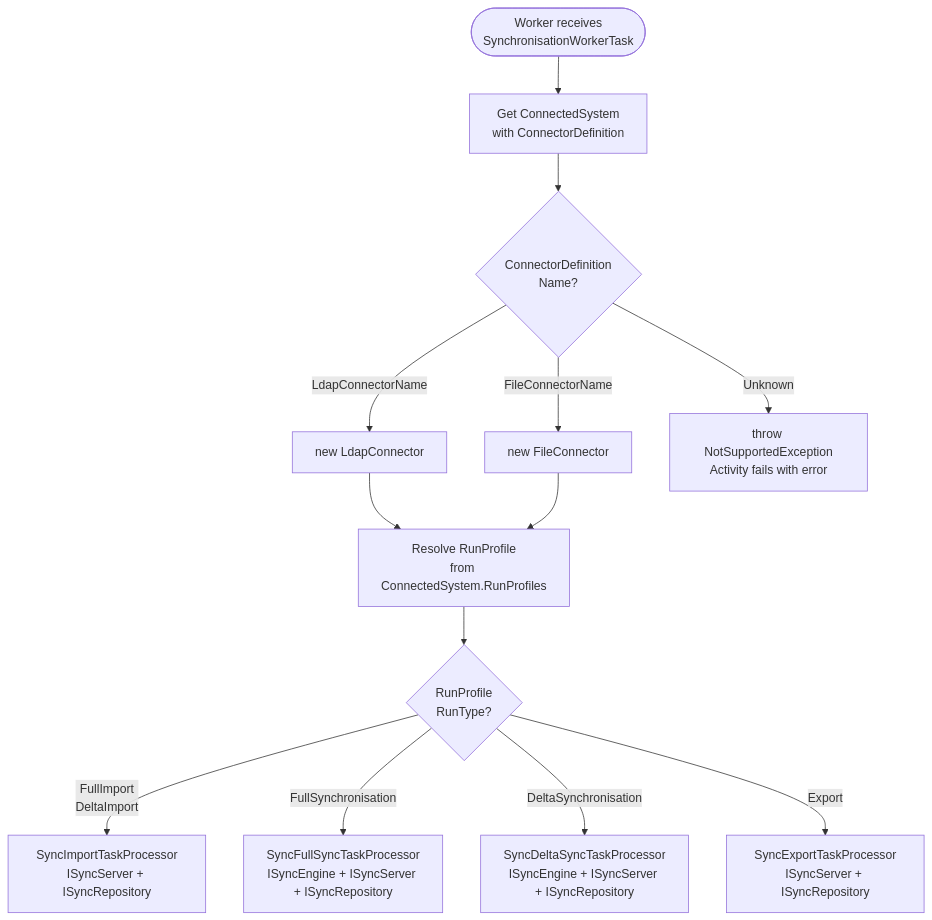
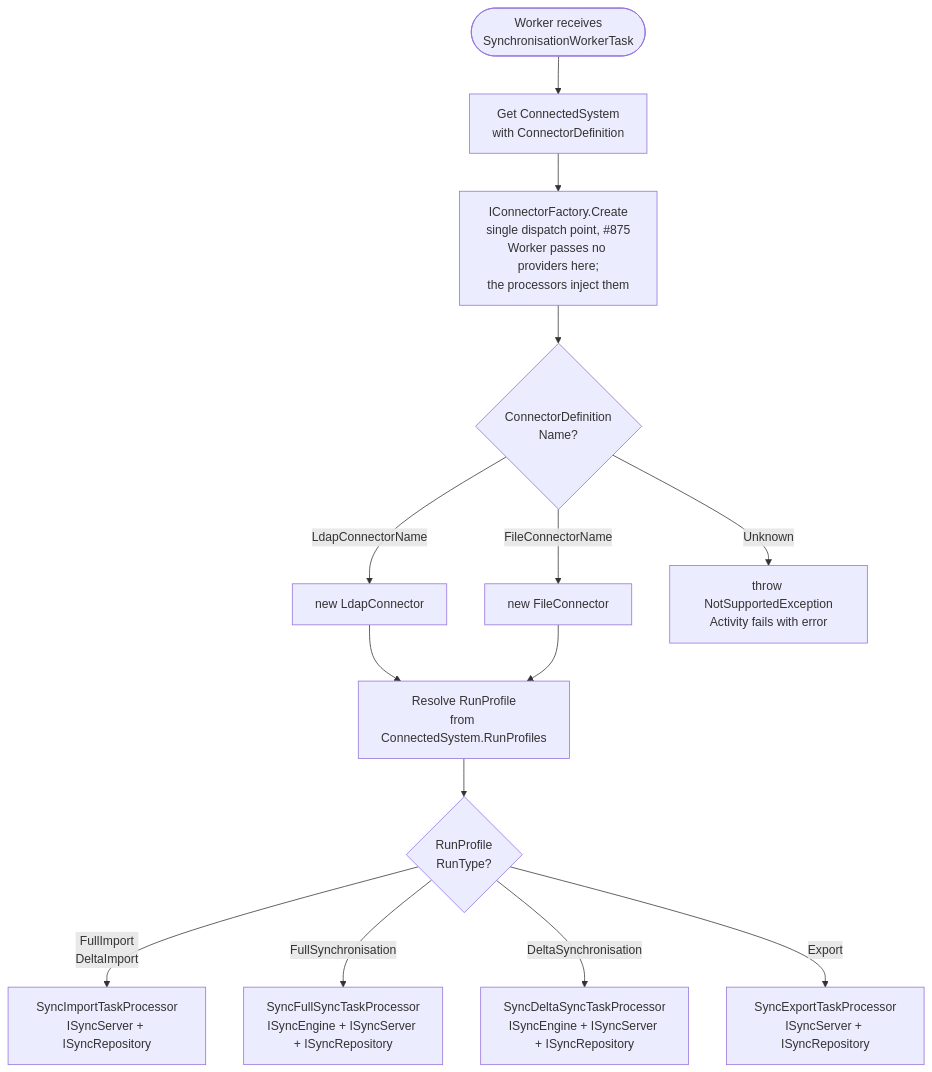
The second of 5 diagrams in docs/developer/diagrams/CONNECTOR_LIFECYCLE.md (TetronIO/JIM), drawn with Mermaid before and after one commit. The commit also changed other lines of this file and 7 other files, not shown here.

````diff
--- a/docs/developer/diagrams/CONNECTOR_LIFECYCLE.md
+++ b/docs/developer/diagrams/CONNECTOR_LIFECYCLE.md
@@ -29,18 +29,19 @@
 ```mermaid
 flowchart TD
     TaskStart([Worker receives<br/>SynchronisationWorkerTask]) --> GetCS[Get ConnectedSystem<br/>with ConnectorDefinition]
-    GetCS --> MatchName{ConnectorDefinition<br/>Name?}
+    GetCS --> Factory[IConnectorFactory.Create<br/>single dispatch point, #875<br/>Worker passes no providers here;<br/>the processors inject them]
+    Factory --> MatchName{ConnectorDefinition<br/>Name?}
 
     MatchName -->|LdapConnectorName| CreateLdap[new LdapConnector]
     MatchName -->|FileConnectorName| CreateFile[new FileConnector]
     MatchName -->|Unknown| ThrowError[throw NotSupportedException<br/>Activity fails with error]
 
     CreateLdap --> GetRunProfile[Resolve RunProfile<br/>from ConnectedSystem.RunProfiles]
     CreateFile --> GetRunProfile
 
     GetRunProfile --> RouteByType{RunProfile<br/>RunType?}
     RouteByType -->|FullImport<br/>DeltaImport| ImportProcessor[SyncImportTaskProcessor<br/>ISyncServer + ISyncRepository]
     RouteByType -->|FullSynchronisation| FullSyncProcessor[SyncFullSyncTaskProcessor<br/>ISyncEngine + ISyncServer + ISyncRepository]
     RouteByType -->|DeltaSynchronisation| DeltaSyncProcessor[SyncDeltaSyncTaskProcessor<br/>ISyncEngine + ISyncServer + ISyncRepository]
     RouteByType -->|Export| ExportProcessor[SyncExportTaskProcessor<br/>ISyncServer + ISyncRepository]
 ```
````
